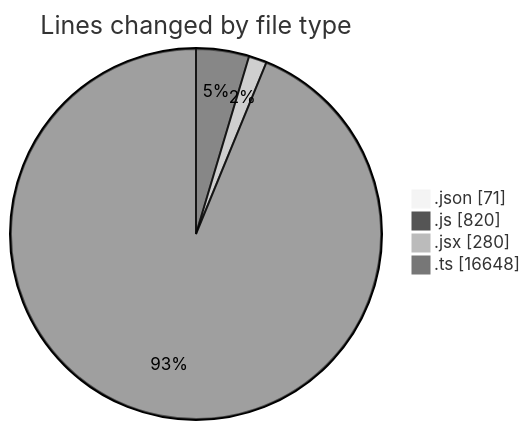
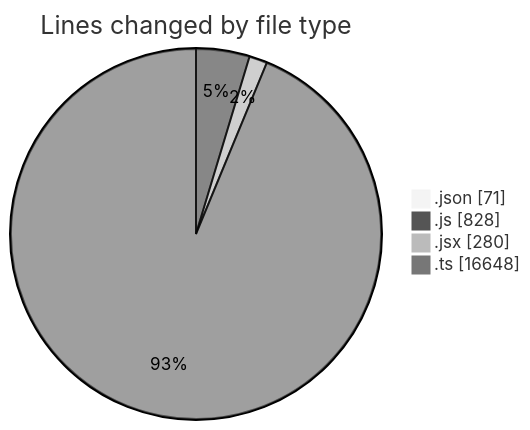
One commit to momahboobian/code-tracking changed the first of 2 diagrams in 2025-05-13/cda/README.md. Above: the diagram before and after it, drawn with Mermaid (neutral theme). The commit also changed other lines of this file and 1 other file, not shown here.

````diff
--- a/2025-05-13/cda/README.md
+++ b/2025-05-13/cda/README.md
@@ -30,8 +30,8 @@
 ```mermaid
 pie showData
 title Lines changed by file type
 ".json" : 71
-".js" : 820
+".js" : 828
 ".jsx" : 280
 ".ts" : 16648
 ```
````
